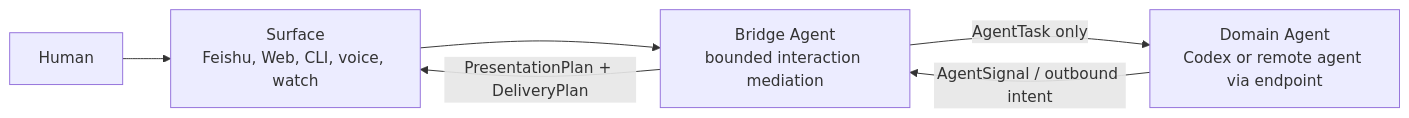
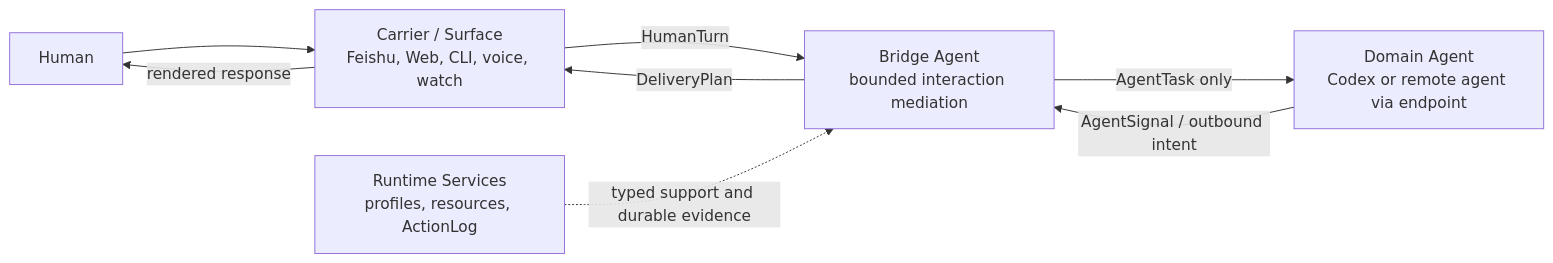
Before and after one commit to cloudsbeyond/agent-interaction-bridge: the first of 2 diagrams in architecture/agentic-ontology.md, drawn with Mermaid. The commit also changed other lines of this file and 5 other files, not shown here.

Commit message:
docs: align product and architecture contracts

````diff
--- a/architecture/agentic-ontology.md
+++ b/architecture/agentic-ontology.md
@@ -147,12 +147,16 @@
 ```mermaid
 flowchart LR
   human["Human"]
-  surface["Surface<br/>Feishu, Web, CLI, voice, watch"]
+  carrier["Carrier / Surface<br/>Feishu, Web, CLI, voice, watch"]
   bridge["Bridge Agent<br/>bounded interaction mediation"]
   endpoint["Domain Agent<br/>Codex or remote agent via endpoint"]
+  runtime["Runtime Services<br/>profiles, resources, ActionLog"]
 
-  human --> surface --> bridge
+  human --> carrier
+  carrier -->|"HumanTurn"| bridge
   bridge -->|"AgentTask only"| endpoint
   endpoint -->|"AgentSignal / outbound intent"| bridge
-  bridge -->|"PresentationPlan + DeliveryPlan"| surface
+  bridge -->|"DeliveryPlan"| carrier
+  carrier -->|"rendered response"| human
+  runtime -. "typed support and durable evidence" .-> bridge
 ```
````
